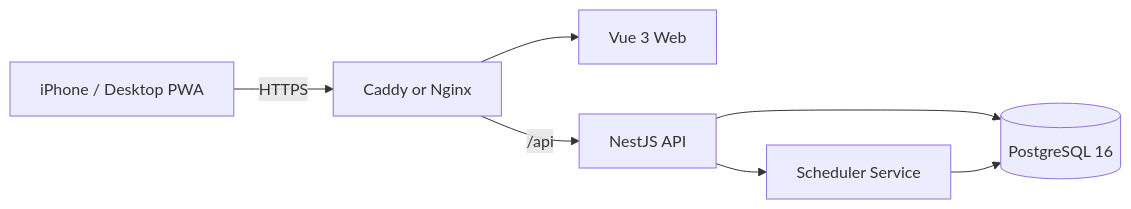
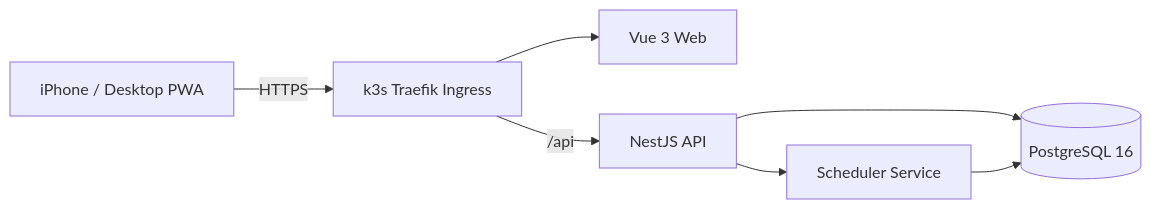
One commit to cleanbrain-developer/english-core-speaking changed the diagram in docs/IMPLEMENTATION_SPEC.md. Above: the diagram before and after it, drawn with Mermaid. The commit also changed other lines of this file and 22 other files, not shown here.

````diff
--- a/docs/IMPLEMENTATION_SPEC.md
+++ b/docs/IMPLEMENTATION_SPEC.md
@@ -29,9 +29,9 @@
 ```mermaid
 flowchart LR
-  U[iPhone / Desktop PWA] -->|HTTPS| RP[Caddy or Nginx]
+  U[iPhone / Desktop PWA] -->|HTTPS| RP[k3s Traefik Ingress]
   RP --> W[Vue 3 Web]
   RP -->|/api| A[NestJS API]
   A --> P[(PostgreSQL 16)]
   A --> S[Scheduler Service]
   S --> P
 ```
````
